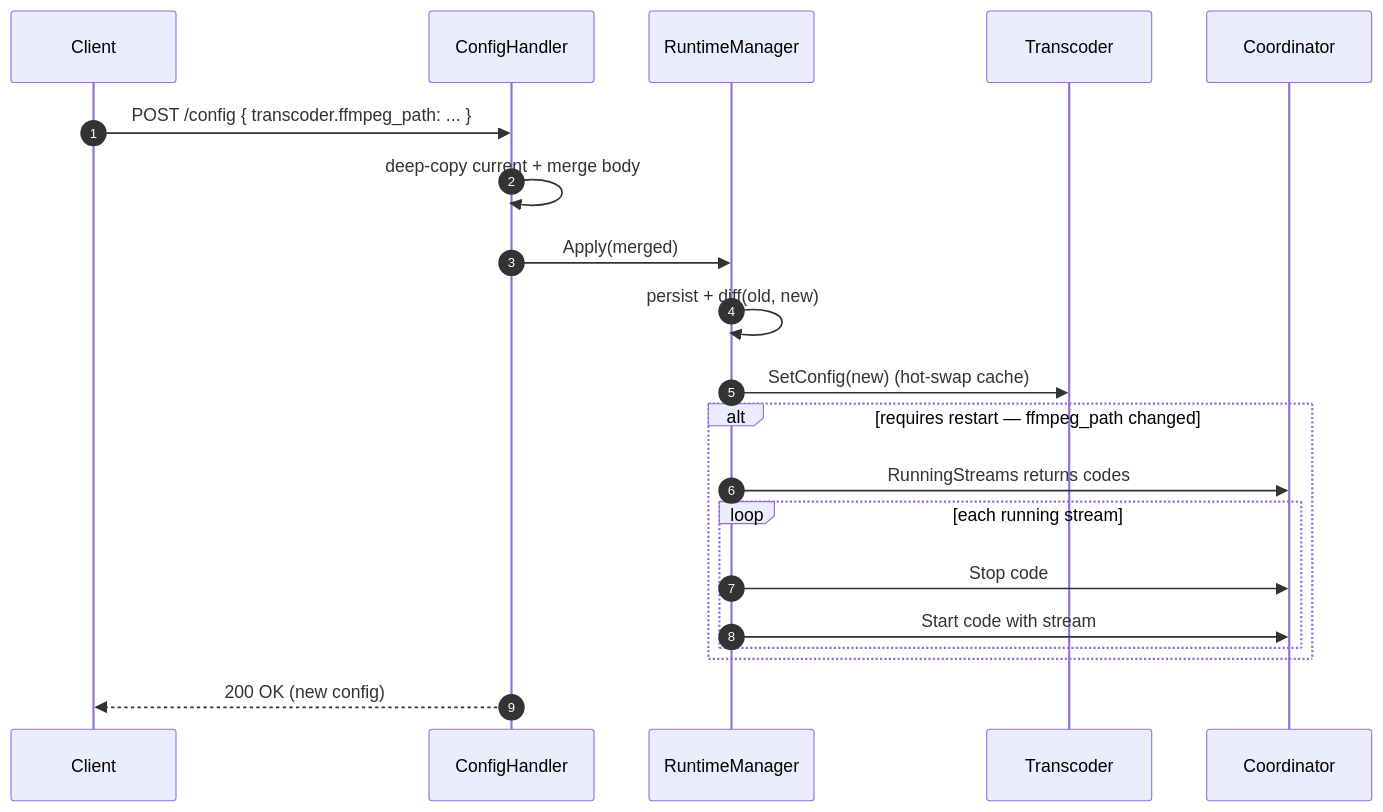
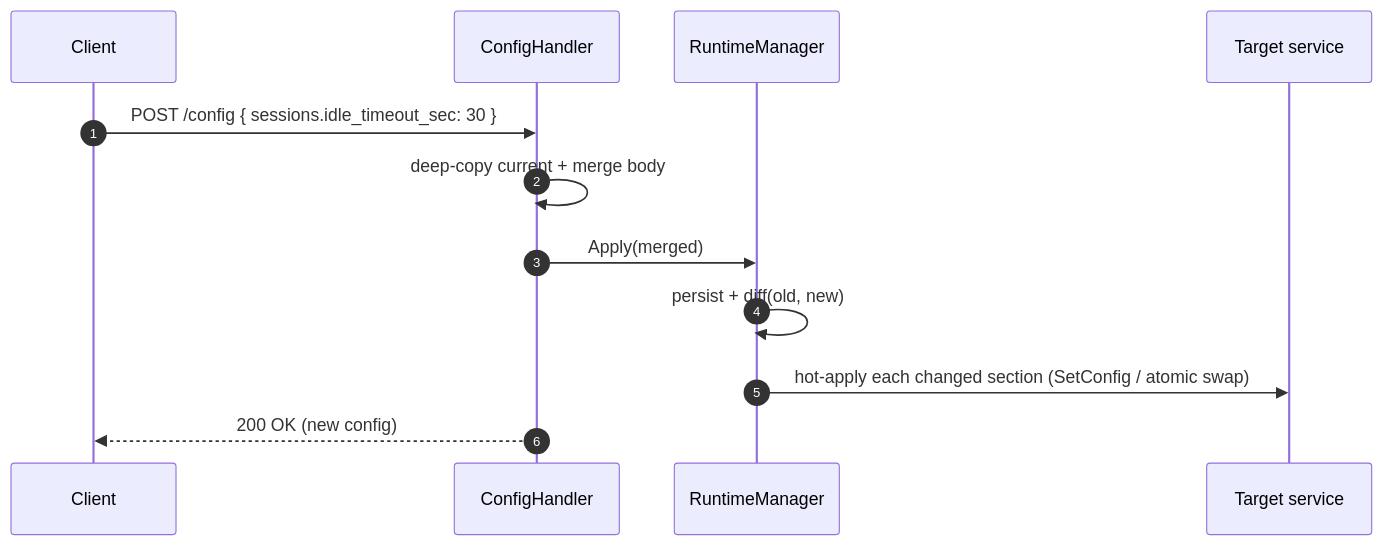
The sixth of 10 diagrams in docs/APP_FLOW.md (datvietvac-techhub/open-streamer), drawn with Mermaid before and after one commit. The commit also changed other lines of this file and 18 other files, not shown here.

First line of the commit message:
refactor(config): remove the redundant global transcoder.ffmpeg_path

````diff
--- a/docs/APP_FLOW.md
+++ b/docs/APP_FLOW.md
@@ -481,25 +481,15 @@
 ```mermaid
 sequenceDiagram
     autonumber
     participant Client
     participant API as ConfigHandler
     participant RTM as RuntimeManager
-    participant Tx as Transcoder
-    participant Coord as Coordinator
+    participant Svc as Target service
 
-    Client->>API: POST /config { transcoder.ffmpeg_path: ... }
+    Client->>API: POST /config { sessions.idle_timeout_sec: 30 }
     API->>API: deep-copy current + merge body
     API->>RTM: Apply(merged)
     RTM->>RTM: persist + diff(old, new)
-    RTM->>Tx: SetConfig(new) (hot-swap cache)
-
-    alt requires restart — ffmpeg_path changed
-        RTM->>Coord: RunningStreams returns codes
-        loop each running stream
-            RTM->>Coord: Stop code
-            RTM->>Coord: Start code with stream
-        end
-    end
-
+    RTM->>Svc: hot-apply each changed section (SetConfig / atomic swap)
     API-->>Client: 200 OK (new config)
 ```
````
